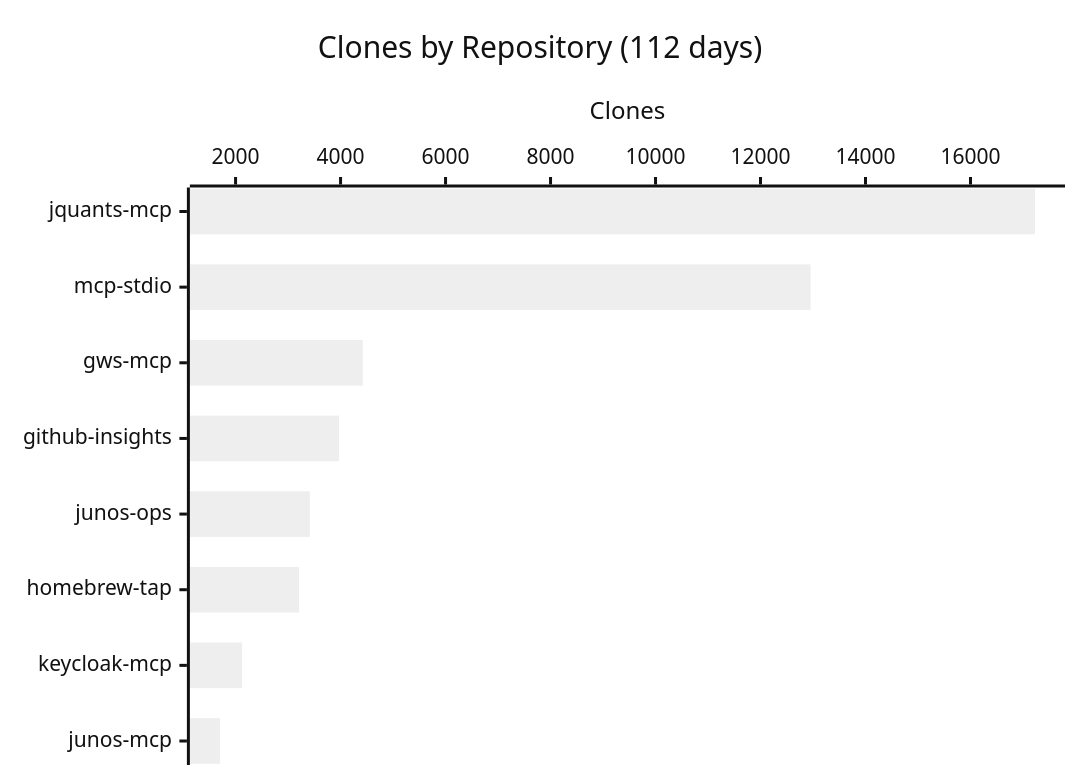
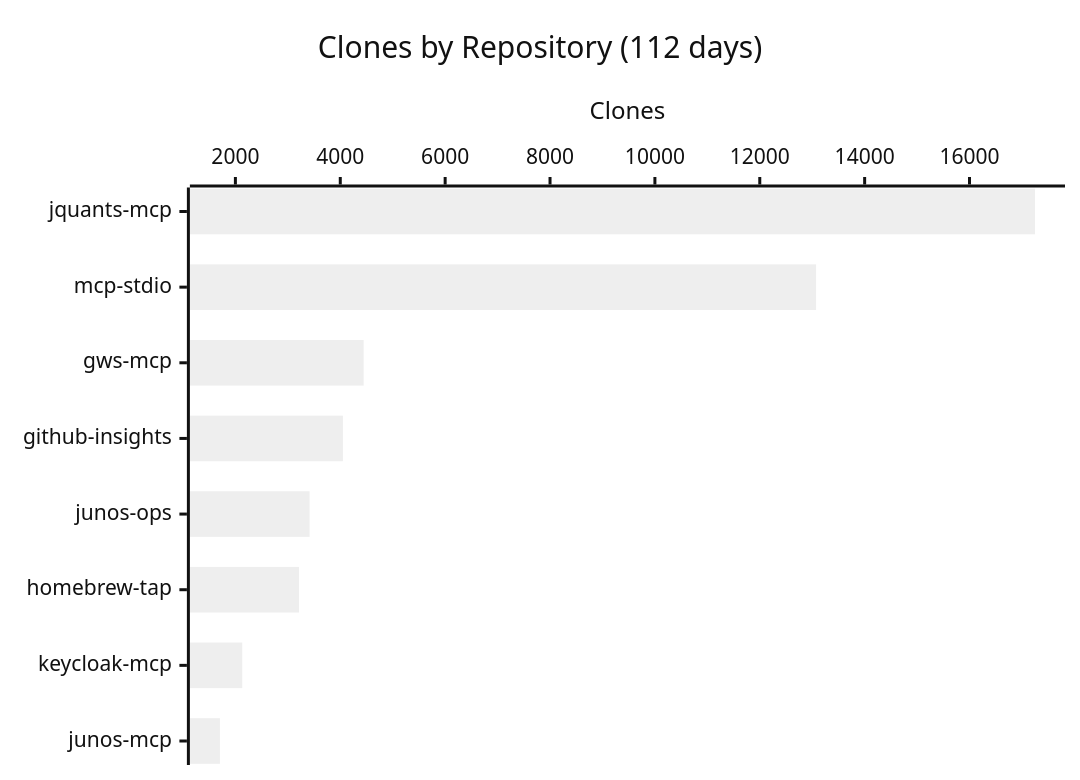
The fourth of 4 diagrams in README.md (shigechika/github-insights), drawn with Mermaid (neutral theme) before and after one commit. The commit also changed other lines of this file and 2 other files, not shown here.

````diff
--- a/README.md
+++ b/README.md
@@ -58,7 +58,7 @@
 ```mermaid
 xychart-beta horizontal
     title "Clones by Repository (112 days)"
     x-axis ["jquants-mcp", "mcp-stdio", "gws-mcp", "github-insights", "junos-ops", "homebrew-tap", "keycloak-mcp", "junos-mcp"]
     y-axis "Clones"
-    bar [17228, 12954, 4424, 3970, 3414, 3209, 2125, 1702]
+    bar [17248, 13074, 4446, 4050, 3415, 3213, 2131, 1705]
 ```
````
